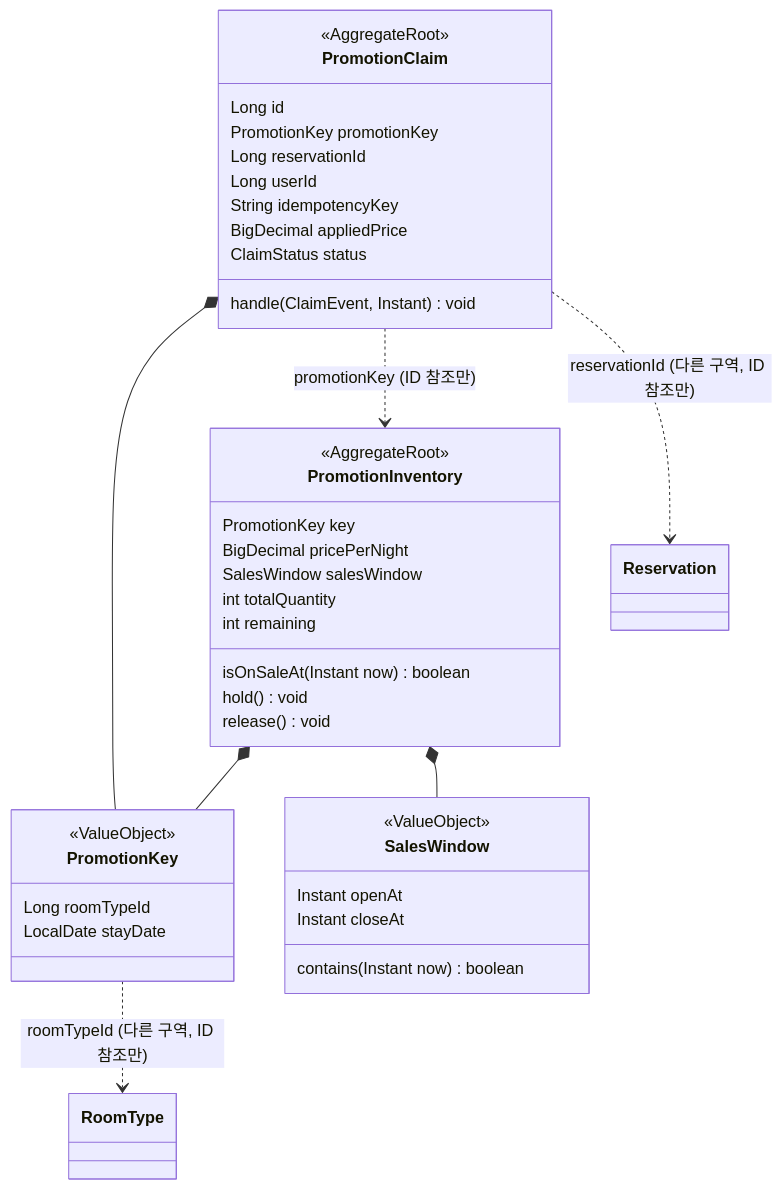
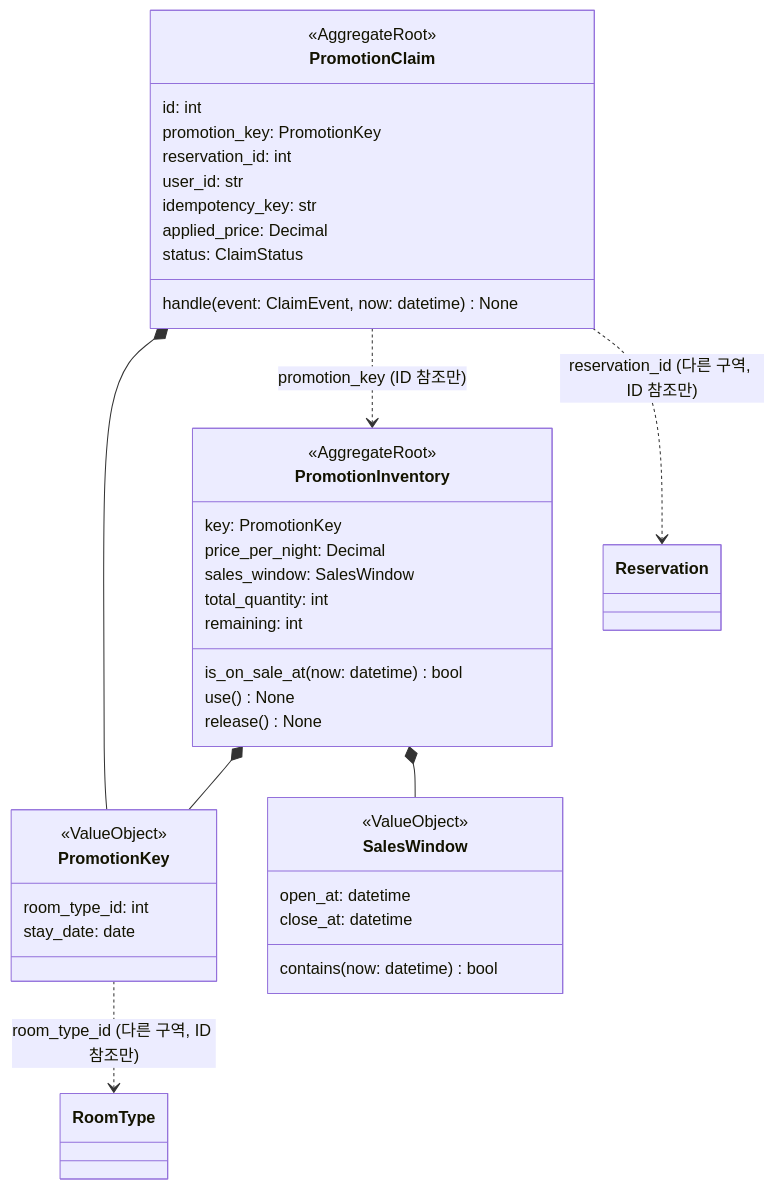
Before and after one commit to Diocto/pms: the first of 5 diagrams in docs/spec/F02-선착순-프로모션.md, drawn with Mermaid. The commit also changed other lines of this file and 1 other file, not shown here.

````diff
--- a/docs/spec/F02-선착순-프로모션.md
+++ b/docs/spec/F02-선착순-프로모션.md
@@ -207,42 +272,42 @@
 ```mermaid
 classDiagram
     class PromotionInventory {
         <<AggregateRoot>>
-        PromotionKey key
-        BigDecimal pricePerNight
-        SalesWindow salesWindow
-        int totalQuantity
-        int remaining
-        isOnSaleAt(Instant now) boolean
-        hold() void
-        release() void
+        key: PromotionKey
+        price_per_night: Decimal
+        sales_window: SalesWindow
+        total_quantity: int
+        remaining: int
+        is_on_sale_at(now: datetime) bool
+        use() None
+        release() None
     }
     class PromotionKey {
         <<ValueObject>>
-        Long roomTypeId
-        LocalDate stayDate
+        room_type_id: int
+        stay_date: date
     }
     class SalesWindow {
         <<ValueObject>>
-        Instant openAt
-        Instant closeAt
-        contains(Instant now) boolean
+        open_at: datetime
+        close_at: datetime
+        contains(now: datetime) bool
     }
     class PromotionClaim {
         <<AggregateRoot>>
-        Long id
-        PromotionKey promotionKey
-        Long reservationId
-        Long userId
-        String idempotencyKey
-        BigDecimal appliedPrice
-        ClaimStatus status
-        handle(ClaimEvent, Instant) void
+        id: int
+        promotion_key: PromotionKey
+        reservation_id: int
+        user_id: str
+        idempotency_key: str
+        applied_price: Decimal
+        status: ClaimStatus
+        handle(event: ClaimEvent, now: datetime) None
     }
     PromotionInventory *-- PromotionKey
     PromotionInventory *-- SalesWindow
     PromotionClaim *-- PromotionKey
-    PromotionClaim ..> PromotionInventory : promotionKey (ID 참조만)
-    PromotionClaim ..> Reservation : reservationId (다른 구역, ID 참조만)
-    PromotionKey ..> RoomType : roomTypeId (다른 구역, ID 참조만)
+    PromotionClaim ..> PromotionInventory : promotion_key (ID 참조만)
+    PromotionClaim ..> Reservation : reservation_id (다른 구역, ID 참조만)
+    PromotionKey ..> RoomType : room_type_id (다른 구역, ID 참조만)
 ```
````
